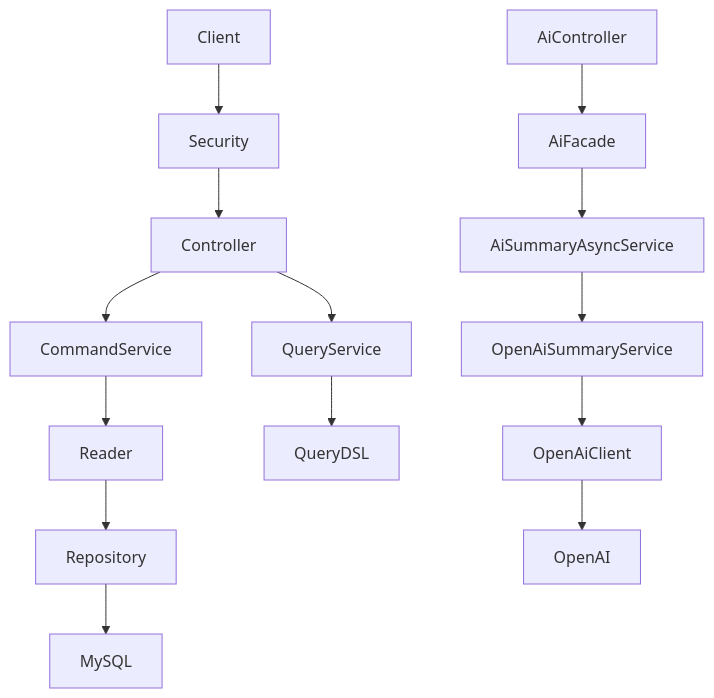
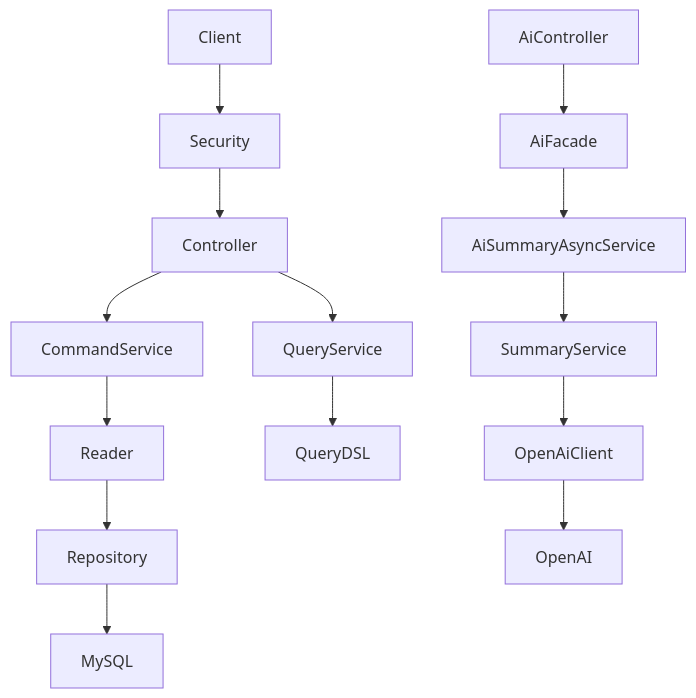
The diagram in README.md (keunoh/feldbuch), drawn with Mermaid before and after one commit. The commit also changed other lines of this file and 17 other files, not shown here.

````diff
--- a/README.md
+++ b/README.md
@@ -39,22 +37,20 @@
-``` mermaid
+```mermaid
 flowchart TD
+    Client --> Security
+    Security --> Controller
 
-Client --> Security
+    Controller --> CommandService
+    Controller --> QueryService
 
-Security --> Controller
+    CommandService --> Reader
+    QueryService --> QueryDSL
 
-Controller --> CommandService
-Controller --> QueryService
+    Reader --> Repository
+    Repository --> MySQL
 
-CommandService --> Reader
-QueryService --> QueryDSL
-
-Reader --> Repository
-Repository --> MySQL
-
-AiController --> AiFacade
-AiFacade --> AiSummaryAsyncService
-AiSummaryAsyncService --> OpenAiSummaryService
-OpenAiSummaryService --> OpenAiClient
-OpenAiClient --> OpenAI
+    AiController --> AiFacade
+    AiFacade --> AiSummaryAsyncService
+    AiSummaryAsyncService --> SummaryService
+    SummaryService --> OpenAiClient
+    OpenAiClient --> OpenAI
 ```
````
